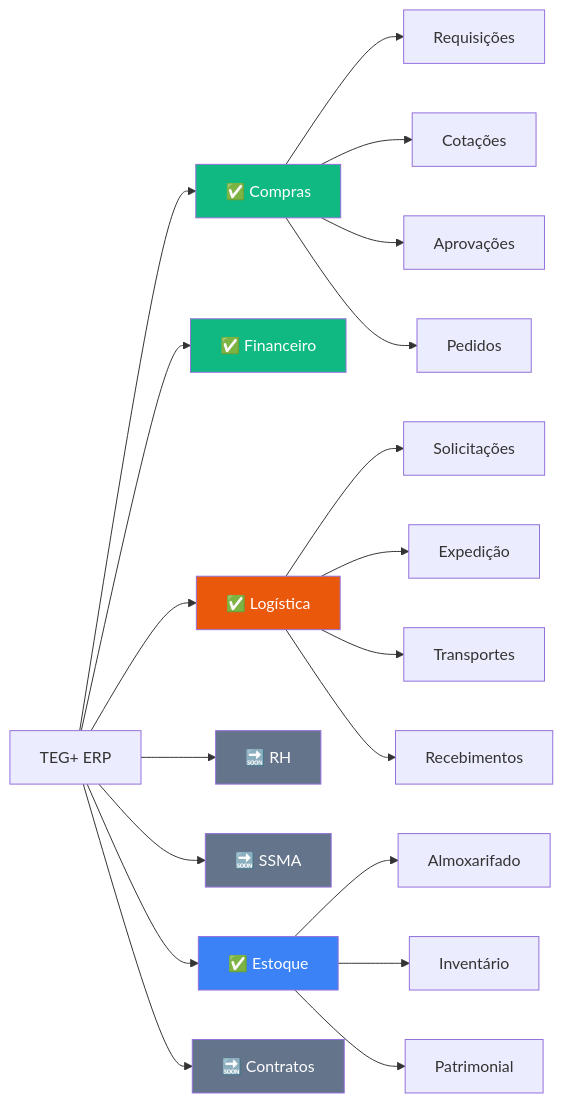
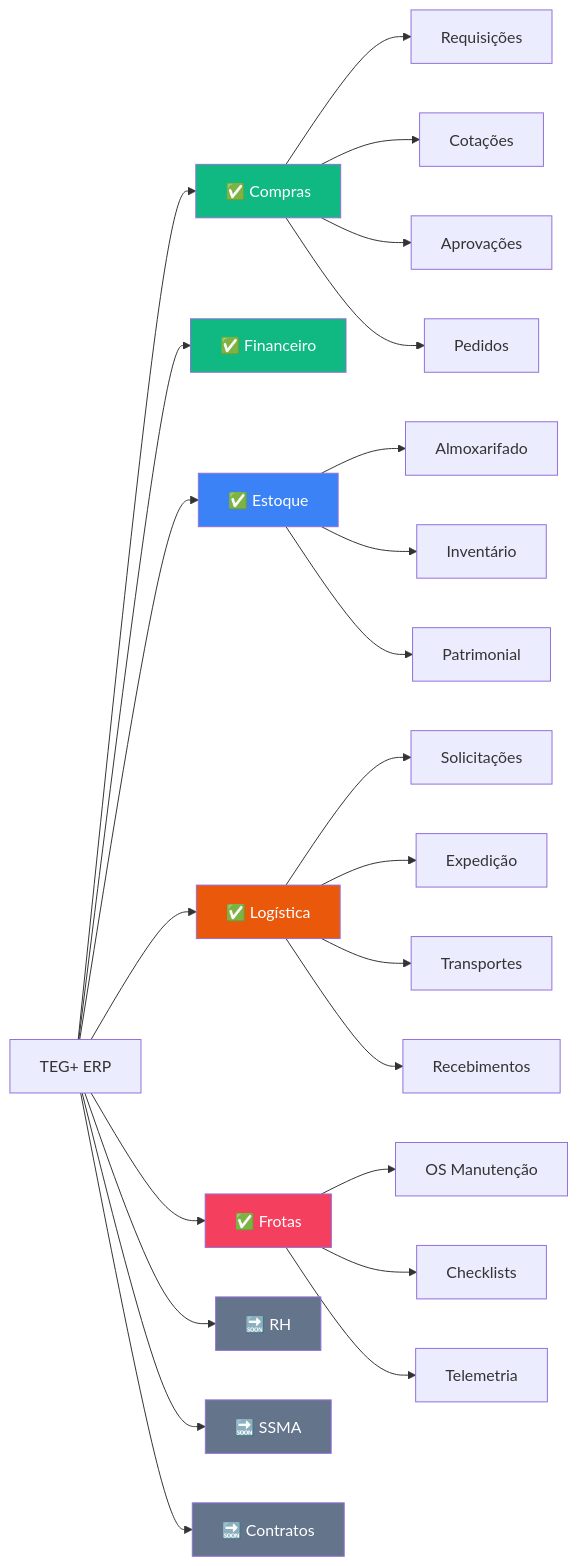
The second of 2 diagrams in docs/obsidian/00 - TEG+ INDEX.md (leandroteg/teg-plus), drawn with Mermaid before and after one commit. The commit also changed other lines of this file and 15 other files, not shown here.

````diff
--- a/docs/obsidian/00 - TEG+ INDEX.md
+++ b/docs/obsidian/00 - TEG+ INDEX.md
@@ -84,32 +85,38 @@
 ```mermaid
 graph LR
     M[TEG+ ERP] --> C[✅ Compras]
     M --> F[✅ Financeiro]
+    M --> E[✅ Estoque]
     M --> L[✅ Logística]
+    M --> FR[✅ Frotas]
     M --> R[🔜 RH]
     M --> S[🔜 SSMA]
-    M --> E[✅ Estoque]
     M --> K[🔜 Contratos]
 
     C --> C1[Requisições]
     C --> C2[Cotações]
     C --> C3[Aprovações]
     C --> C4[Pedidos]
 
     E --> E1[Almoxarifado]
     E --> E2[Inventário]
     E --> E3[Patrimonial]
 
     L --> L1[Solicitações]
     L --> L2[Expedição]
     L --> L3[Transportes]
     L --> L4[Recebimentos]
 
-    style C fill:#10B981,color:#fff
-    style F fill:#10B981,color:#fff
-    style E fill:#3B82F6,color:#fff
-    style L fill:#EA580C,color:#fff
-    style R fill:#64748B,color:#fff
-    style S fill:#64748B,color:#fff
-    style K fill:#64748B,color:#fff
+    FR --> FR1[OS Manutenção]
+    FR --> FR2[Checklists]
+    FR --> FR3[Telemetria]
+
+    style C  fill:#10B981,color:#fff
+    style F  fill:#10B981,color:#fff
+    style E  fill:#3B82F6,color:#fff
+    style L  fill:#EA580C,color:#fff
+    style FR fill:#F43F5E,color:#fff
+    style R  fill:#64748B,color:#fff
+    style S  fill:#64748B,color:#fff
+    style K  fill:#64748B,color:#fff
 ```
````
